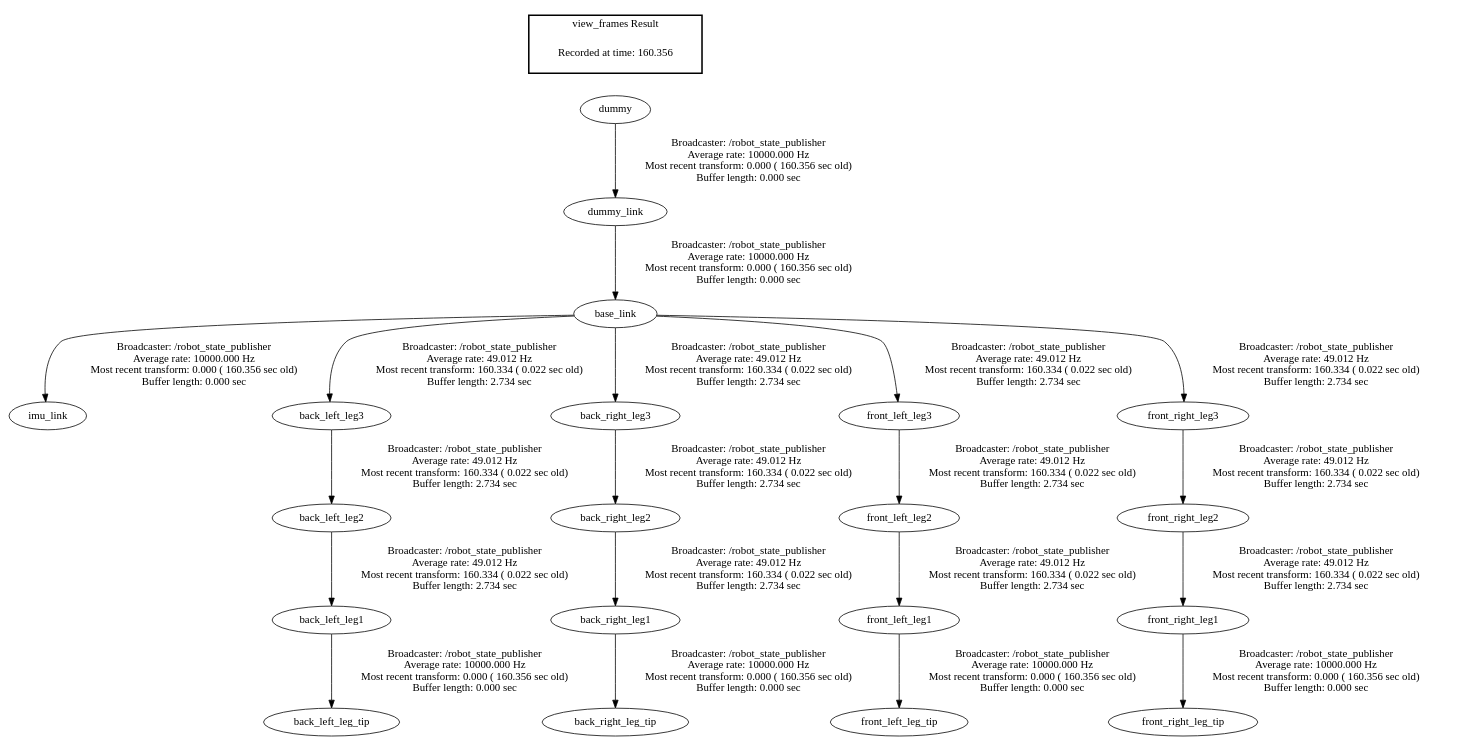
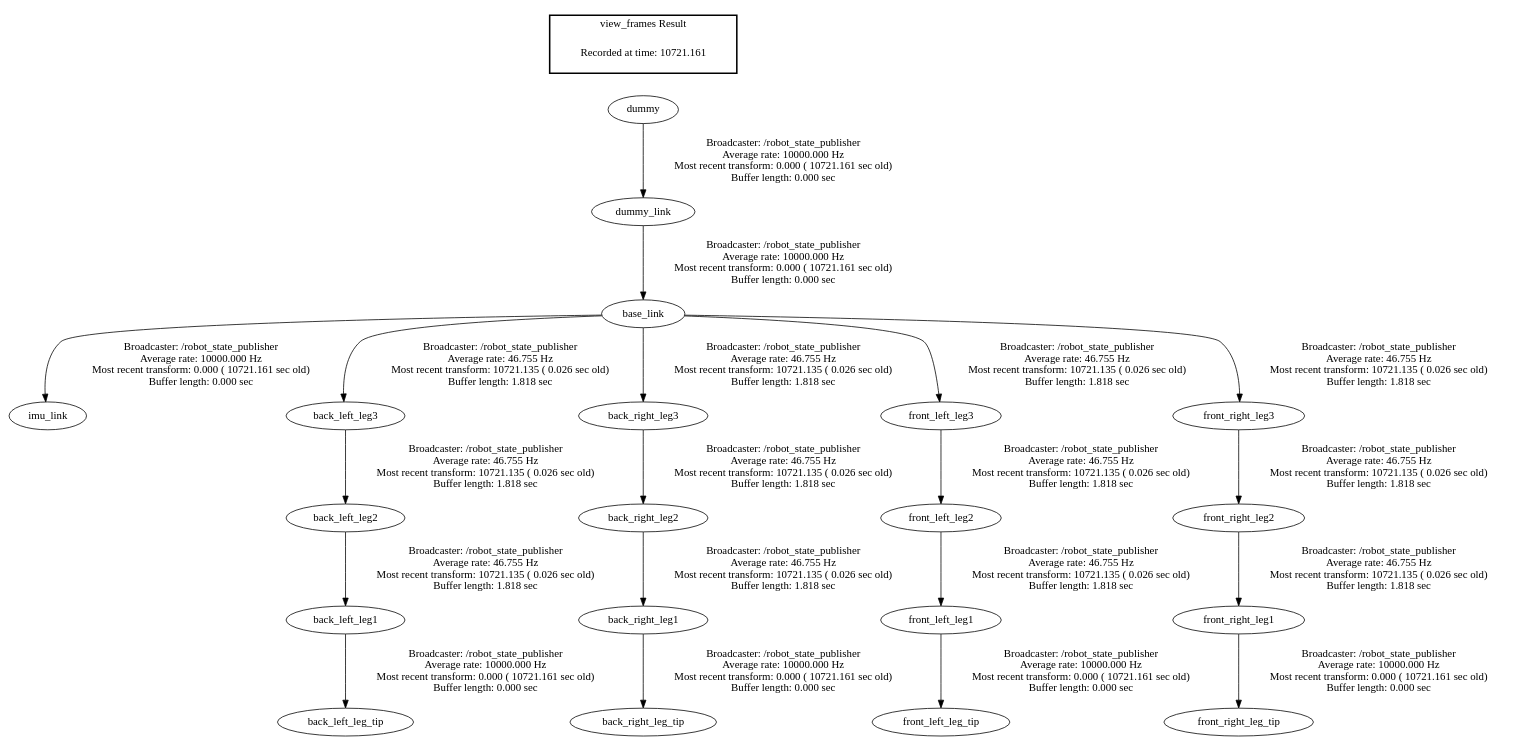
The diagram in src/simulations/ws/src/quadruped/frames.gv (shandilya1998/CPGController), drawn with Graphviz before and after one commit. The commit also changed 1 other file, not shown here.

```diff
--- a/src/simulations/ws/src/quadruped/frames.gv
+++ b/src/simulations/ws/src/quadruped/frames.gv
@@ -1,25 +1,25 @@
 digraph G {
-"back_left_leg1" -> "back_left_leg_tip"[label="Broadcaster: /robot_state_publisher\nAverage rate: 10000.000 Hz\nMost recent transform: 0.000 ( 160.356 sec old)\nBuffer length: 0.000 sec\n"];
-"back_left_leg2" -> "back_left_leg1"[label="Broadcaster: /robot_state_publisher\nAverage rate: 49.012 Hz\nMost recent transform: 160.334 ( 0.022 sec old)\nBuffer length: 2.734 sec\n"];
-"back_right_leg1" -> "back_right_leg_tip"[label="Broadcaster: /robot_state_publisher\nAverage rate: 10000.000 Hz\nMost recent transform: 0.000 ( 160.356 sec old)\nBuffer length: 0.000 sec\n"];
-"back_right_leg2" -> "back_right_leg1"[label="Broadcaster: /robot_state_publisher\nAverage rate: 49.012 Hz\nMost recent transform: 160.334 ( 0.022 sec old)\nBuffer length: 2.734 sec\n"];
-"base_link" -> "imu_link"[label="Broadcaster: /robot_state_publisher\nAverage rate: 10000.000 Hz\nMost recent transform: 0.000 ( 160.356 sec old)\nBuffer length: 0.000 sec\n"];
-"dummy_link" -> "base_link"[label="Broadcaster: /robot_state_publisher\nAverage rate: 10000.000 Hz\nMost recent transform: 0.000 ( 160.356 sec old)\nBuffer length: 0.000 sec\n"];
-"dummy" -> "dummy_link"[label="Broadcaster: /robot_state_publisher\nAverage rate: 10000.000 Hz\nMost recent transform: 0.000 ( 160.356 sec old)\nBuffer length: 0.000 sec\n"];
-"front_left_leg1" -> "front_left_leg_tip"[label="Broadcaster: /robot_state_publisher\nAverage rate: 10000.000 Hz\nMost recent transform: 0.000 ( 160.356 sec old)\nBuffer length: 0.000 sec\n"];
-"front_left_leg2" -> "front_left_leg1"[label="Broadcaster: /robot_state_publisher\nAverage rate: 49.012 Hz\nMost recent transform: 160.334 ( 0.022 sec old)\nBuffer length: 2.734 sec\n"];
-"front_right_leg1" -> "front_right_leg_tip"[label="Broadcaster: /robot_state_publisher\nAverage rate: 10000.000 Hz\nMost recent transform: 0.000 ( 160.356 sec old)\nBuffer length: 0.000 sec\n"];
-"front_right_leg2" -> "front_right_leg1"[label="Broadcaster: /robot_state_publisher\nAverage rate: 49.012 Hz\nMost recent transform: 160.334 ( 0.022 sec old)\nBuffer length: 2.734 sec\n"];
-"back_left_leg3" -> "back_left_leg2"[label="Broadcaster: /robot_state_publisher\nAverage rate: 49.012 Hz\nMost recent transform: 160.334 ( 0.022 sec old)\nBuffer length: 2.734 sec\n"];
-"base_link" -> "back_left_leg3"[label="Broadcaster: /robot_state_publisher\nAverage rate: 49.012 Hz\nMost recent transform: 160.334 ( 0.022 sec old)\nBuffer length: 2.734 sec\n"];
-"back_right_leg3" -> "back_right_leg2"[label="Broadcaster: /robot_state_publisher\nAverage rate: 49.012 Hz\nMost recent transform: 160.334 ( 0.022 sec old)\nBuffer length: 2.734 sec\n"];
-"base_link" -> "back_right_leg3"[label="Broadcaster: /robot_state_publisher\nAverage rate: 49.012 Hz\nMost recent transform: 160.334 ( 0.022 sec old)\nBuffer length: 2.734 sec\n"];
-"front_left_leg3" -> "front_left_leg2"[label="Broadcaster: /robot_state_publisher\nAverage rate: 49.012 Hz\nMost recent transform: 160.334 ( 0.022 sec old)\nBuffer length: 2.734 sec\n"];
-"base_link" -> "front_left_leg3"[label="Broadcaster: /robot_state_publisher\nAverage rate: 49.012 Hz\nMost recent transform: 160.334 ( 0.022 sec old)\nBuffer length: 2.734 sec\n"];
-"front_right_leg3" -> "front_right_leg2"[label="Broadcaster: /robot_state_publisher\nAverage rate: 49.012 Hz\nMost recent transform: 160.334 ( 0.022 sec old)\nBuffer length: 2.734 sec\n"];
-"base_link" -> "front_right_leg3"[label="Broadcaster: /robot_state_publisher\nAverage rate: 49.012 Hz\nMost recent transform: 160.334 ( 0.022 sec old)\nBuffer length: 2.734 sec\n"];
+"back_left_leg1" -> "back_left_leg_tip"[label="Broadcaster: /robot_state_publisher\nAverage rate: 10000.000 Hz\nMost recent transform: 0.000 ( 10721.161 sec old)\nBuffer length: 0.000 sec\n"];
+"back_left_leg2" -> "back_left_leg1"[label="Broadcaster: /robot_state_publisher\nAverage rate: 46.755 Hz\nMost recent transform: 10721.135 ( 0.026 sec old)\nBuffer length: 1.818 sec\n"];
+"back_right_leg1" -> "back_right_leg_tip"[label="Broadcaster: /robot_state_publisher\nAverage rate: 10000.000 Hz\nMost recent transform: 0.000 ( 10721.161 sec old)\nBuffer length: 0.000 sec\n"];
+"back_right_leg2" -> "back_right_leg1"[label="Broadcaster: /robot_state_publisher\nAverage rate: 46.755 Hz\nMost recent transform: 10721.135 ( 0.026 sec old)\nBuffer length: 1.818 sec\n"];
+"base_link" -> "imu_link"[label="Broadcaster: /robot_state_publisher\nAverage rate: 10000.000 Hz\nMost recent transform: 0.000 ( 10721.161 sec old)\nBuffer length: 0.000 sec\n"];
+"dummy_link" -> "base_link"[label="Broadcaster: /robot_state_publisher\nAverage rate: 10000.000 Hz\nMost recent transform: 0.000 ( 10721.161 sec old)\nBuffer length: 0.000 sec\n"];
+"dummy" -> "dummy_link"[label="Broadcaster: /robot_state_publisher\nAverage rate: 10000.000 Hz\nMost recent transform: 0.000 ( 10721.161 sec old)\nBuffer length: 0.000 sec\n"];
+"front_left_leg1" -> "front_left_leg_tip"[label="Broadcaster: /robot_state_publisher\nAverage rate: 10000.000 Hz\nMost recent transform: 0.000 ( 10721.161 sec old)\nBuffer length: 0.000 sec\n"];
+"front_left_leg2" -> "front_left_leg1"[label="Broadcaster: /robot_state_publisher\nAverage rate: 46.755 Hz\nMost recent transform: 10721.135 ( 0.026 sec old)\nBuffer length: 1.818 sec\n"];
+"front_right_leg1" -> "front_right_leg_tip"[label="Broadcaster: /robot_state_publisher\nAverage rate: 10000.000 Hz\nMost recent transform: 0.000 ( 10721.161 sec old)\nBuffer length: 0.000 sec\n"];
+"front_right_leg2" -> "front_right_leg1"[label="Broadcaster: /robot_state_publisher\nAverage rate: 46.755 Hz\nMost recent transform: 10721.135 ( 0.026 sec old)\nBuffer length: 1.818 sec\n"];
+"back_left_leg3" -> "back_left_leg2"[label="Broadcaster: /robot_state_publisher\nAverage rate: 46.755 Hz\nMost recent transform: 10721.135 ( 0.026 sec old)\nBuffer length: 1.818 sec\n"];
+"base_link" -> "back_left_leg3"[label="Broadcaster: /robot_state_publisher\nAverage rate: 46.755 Hz\nMost recent transform: 10721.135 ( 0.026 sec old)\nBuffer length: 1.818 sec\n"];
+"back_right_leg3" -> "back_right_leg2"[label="Broadcaster: /robot_state_publisher\nAverage rate: 46.755 Hz\nMost recent transform: 10721.135 ( 0.026 sec old)\nBuffer length: 1.818 sec\n"];
+"base_link" -> "back_right_leg3"[label="Broadcaster: /robot_state_publisher\nAverage rate: 46.755 Hz\nMost recent transform: 10721.135 ( 0.026 sec old)\nBuffer length: 1.818 sec\n"];
+"front_left_leg3" -> "front_left_leg2"[label="Broadcaster: /robot_state_publisher\nAverage rate: 46.755 Hz\nMost recent transform: 10721.135 ( 0.026 sec old)\nBuffer length: 1.818 sec\n"];
+"base_link" -> "front_left_leg3"[label="Broadcaster: /robot_state_publisher\nAverage rate: 46.755 Hz\nMost recent transform: 10721.135 ( 0.026 sec old)\nBuffer length: 1.818 sec\n"];
+"front_right_leg3" -> "front_right_leg2"[label="Broadcaster: /robot_state_publisher\nAverage rate: 46.755 Hz\nMost recent transform: 10721.135 ( 0.026 sec old)\nBuffer length: 1.818 sec\n"];
+"base_link" -> "front_right_leg3"[label="Broadcaster: /robot_state_publisher\nAverage rate: 46.755 Hz\nMost recent transform: 10721.135 ( 0.026 sec old)\nBuffer length: 1.818 sec\n"];
 edge [style=invis];
  subgraph cluster_legend { style=bold; color=black; label ="view_frames Result";
-"Recorded at time: 160.356"[ shape=plaintext ] ;
+"Recorded at time: 10721.161"[ shape=plaintext ] ;
  }->"dummy";
 }
```
